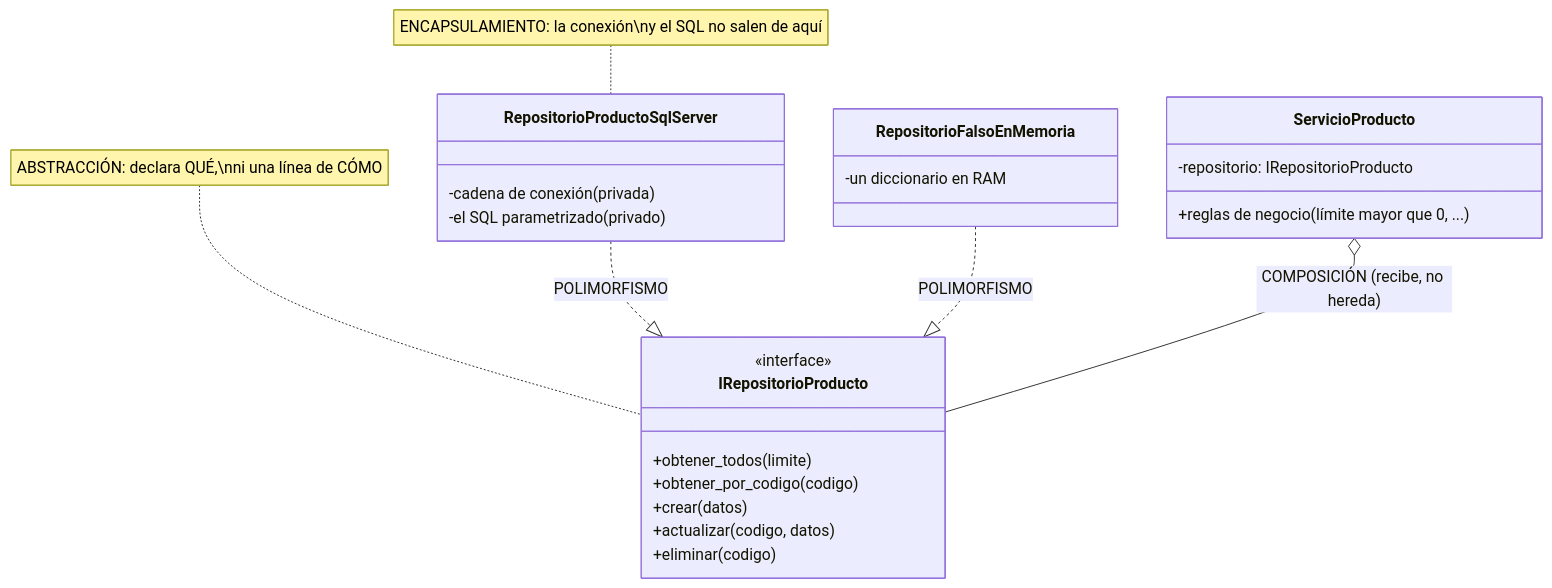
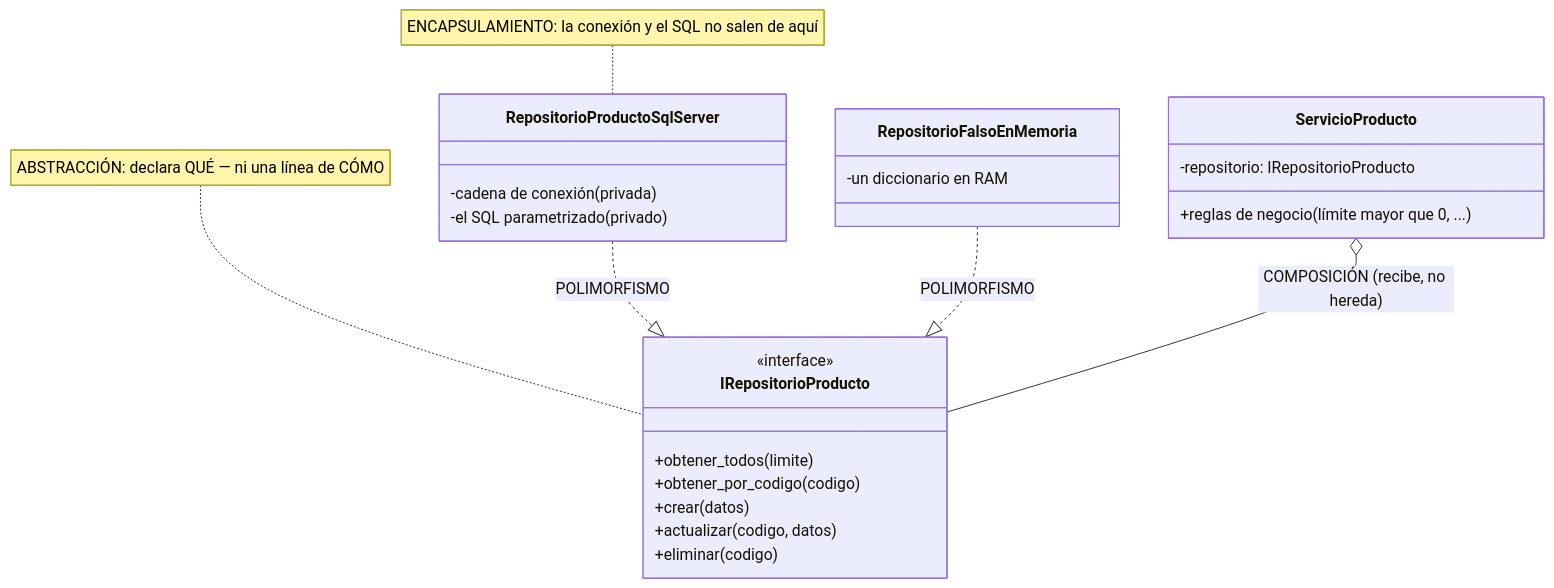
One commit to ccastro2050/proyecto_aplicacion_y_servicios_web4 changed the second of 5 diagrams in docs/PARADIGMA_POO.md. Above: the diagram before and after it, drawn with Mermaid. The commit also changed other lines of this file, not shown here.

Commit message:
PARADIGMA_POO: las DOS caras del polimorfismo (herencia+sobrescritura vs contrato+implementaciones) con ejemplos y diagramas, la herencia real del proyecto señalada, y notas Mermaid sin saltos literales

````diff
--- a/docs/PARADIGMA_POO.md
+++ b/docs/PARADIGMA_POO.md
@@ -108,27 +108,27 @@
 ```mermaid
 classDiagram
     class IRepositorioProducto {
         <<interface>>
         +obtener_todos(limite)
         +obtener_por_codigo(codigo)
         +crear(datos)
         +actualizar(codigo, datos)
         +eliminar(codigo)
     }
     class RepositorioProductoSqlServer {
         -cadena de conexión (privada)
         -el SQL parametrizado (privado)
     }
     class RepositorioFalsoEnMemoria {
         -un diccionario en RAM
     }
     class ServicioProducto {
         -repositorio: IRepositorioProducto
         +reglas de negocio (límite mayor que 0, ...)
     }
     RepositorioProductoSqlServer ..|> IRepositorioProducto : POLIMORFISMO
     RepositorioFalsoEnMemoria ..|> IRepositorioProducto : POLIMORFISMO
     ServicioProducto o-- IRepositorioProducto : COMPOSICIÓN (recibe, no hereda)
-    note for IRepositorioProducto "ABSTRACCIÓN: declara QUÉ,\nni una línea de CÓMO"
-    note for RepositorioProductoSqlServer "ENCAPSULAMIENTO: la conexión\ny el SQL no salen de aquí"
+    note for IRepositorioProducto "ABSTRACCIÓN: declara QUÉ — ni una línea de CÓMO"
+    note for RepositorioProductoSqlServer "ENCAPSULAMIENTO: la conexión y el SQL no salen de aquí"
 ```
````
